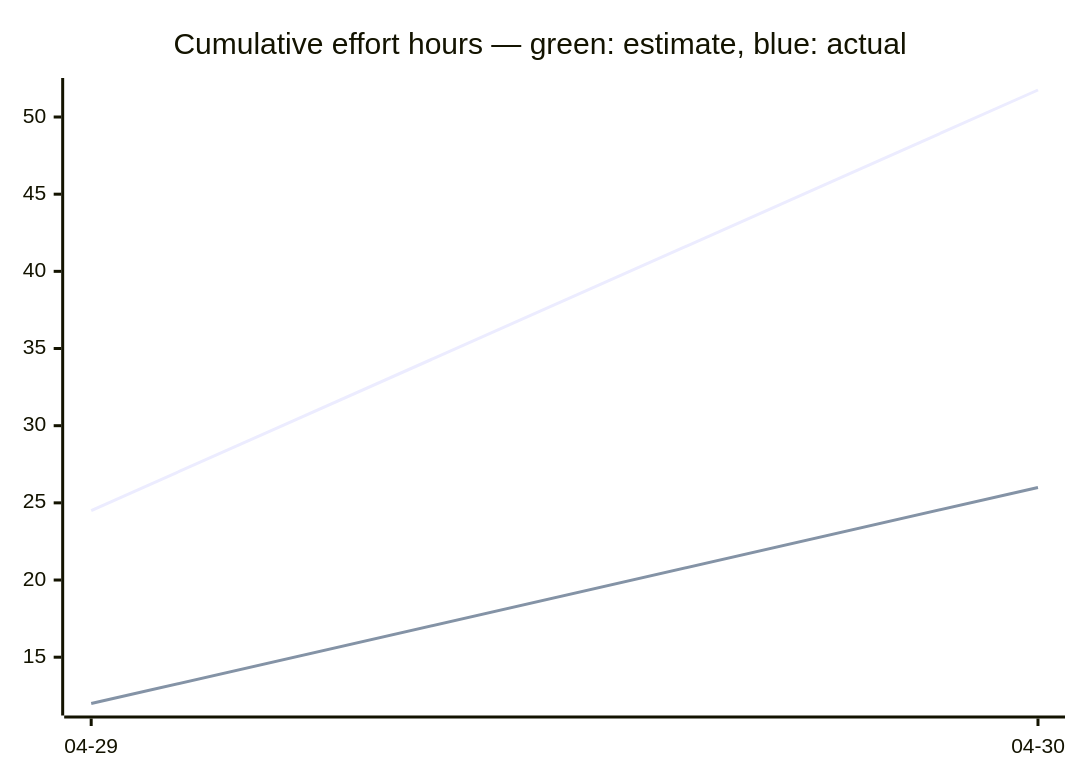
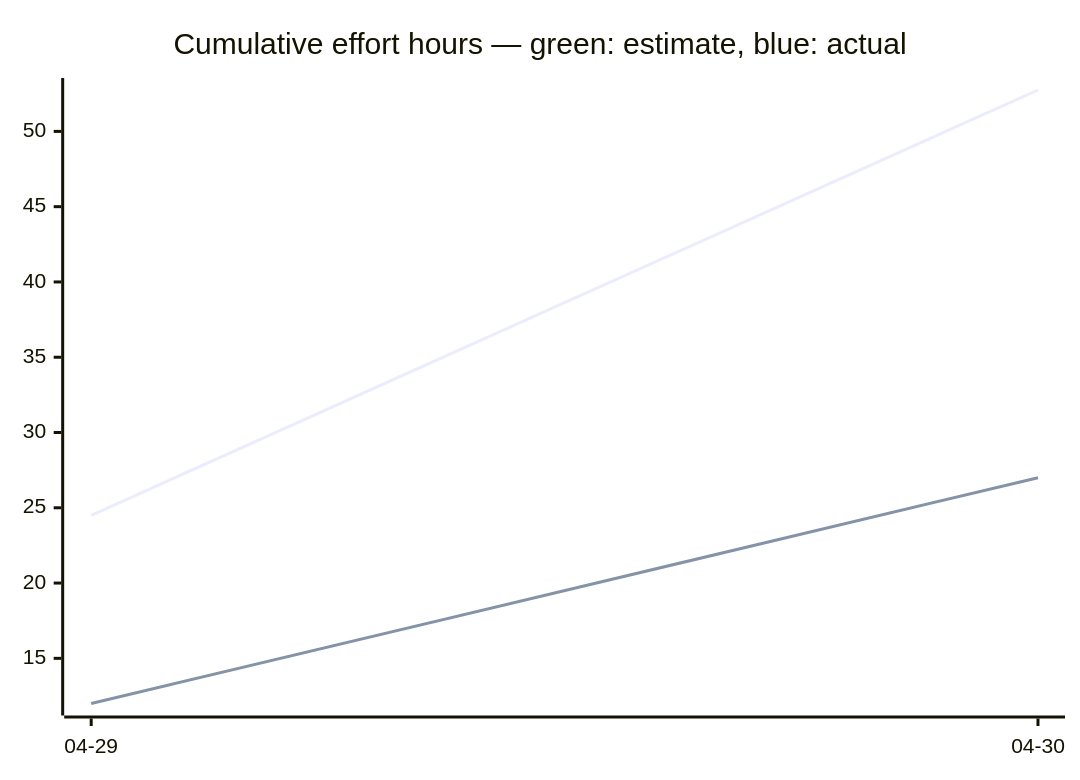
Before and after one commit to tgd1975/AwesomeStudioPedal: the third of 3 diagrams in docs/developers/tasks/OVERVIEW.md, drawn with Mermaid. The commit also changed other lines of this file and 9 other files, not shown here.

````diff
--- a/docs/developers/tasks/OVERVIEW.md
+++ b/docs/developers/tasks/OVERVIEW.md
@@ -38,7 +38,7 @@
 ```mermaid
 xychart-beta
     title "Cumulative effort hours — green: estimate, blue: actual"
     x-axis ["04-29", "04-30"]
-    line [24.5, 51.75]
-    line [12, 26]
+    line [24.5, 52.75]
+    line [12, 27]
 ```
````
